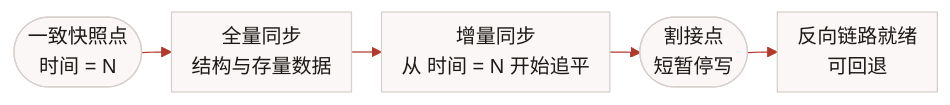
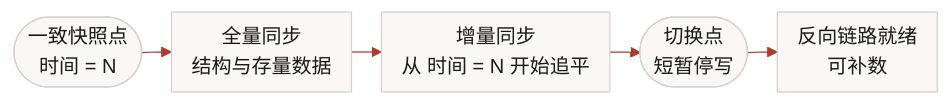
The third of 8 diagrams in jinrongjie-202611.md (9bridges/fzs-slides), drawn with Mermaid before and after one commit. The commit also changed other lines of this file, not shown here.

````diff
--- a/jinrongjie-202611.md
+++ b/jinrongjie-202611.md
@@ -952,8 +945,8 @@
 ```mermaid
 %%{init: {'theme':'base','flowchart': {'nodeSpacing': 18, 'rankSpacing': 24, 'padding': 8, 'curve': 'linear'}, 'themeVariables':{'primaryColor':'#fbf7f6','primaryTextColor':'#1c1917','primaryBorderColor':'#d6cfcb','lineColor':'#b23a2c','fontFamily':'Kaiti SC, KaiTi, serif','fontSize':'16px'}}}%%
 flowchart LR
   P(["一致快照点<br/>时间 = N"]) --> F["全量同步<br/>结构与存量数据"]
   F --> I["增量同步<br/>从 时间 = N 开始追平"]
-  I --> C(["割接点<br/>短暂停写"])
-  C --> R["反向链路就绪<br/>可回退"]
+  I --> C(["切换点<br/>短暂停写"])
+  C --> R["反向链路就绪<br/>可补数"]
 ```
````
